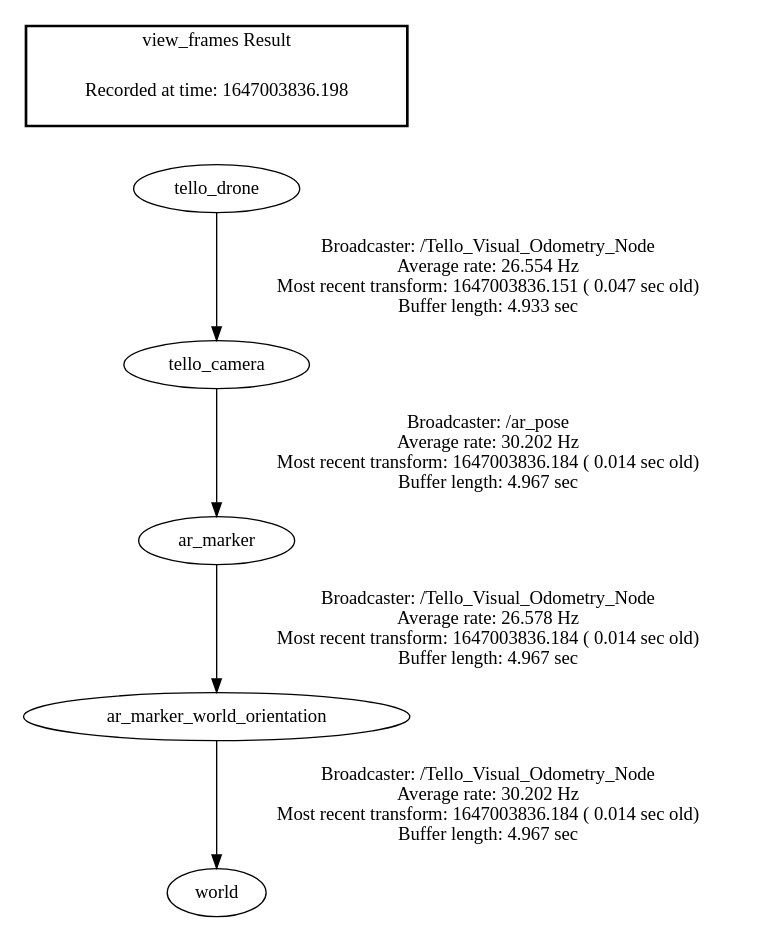
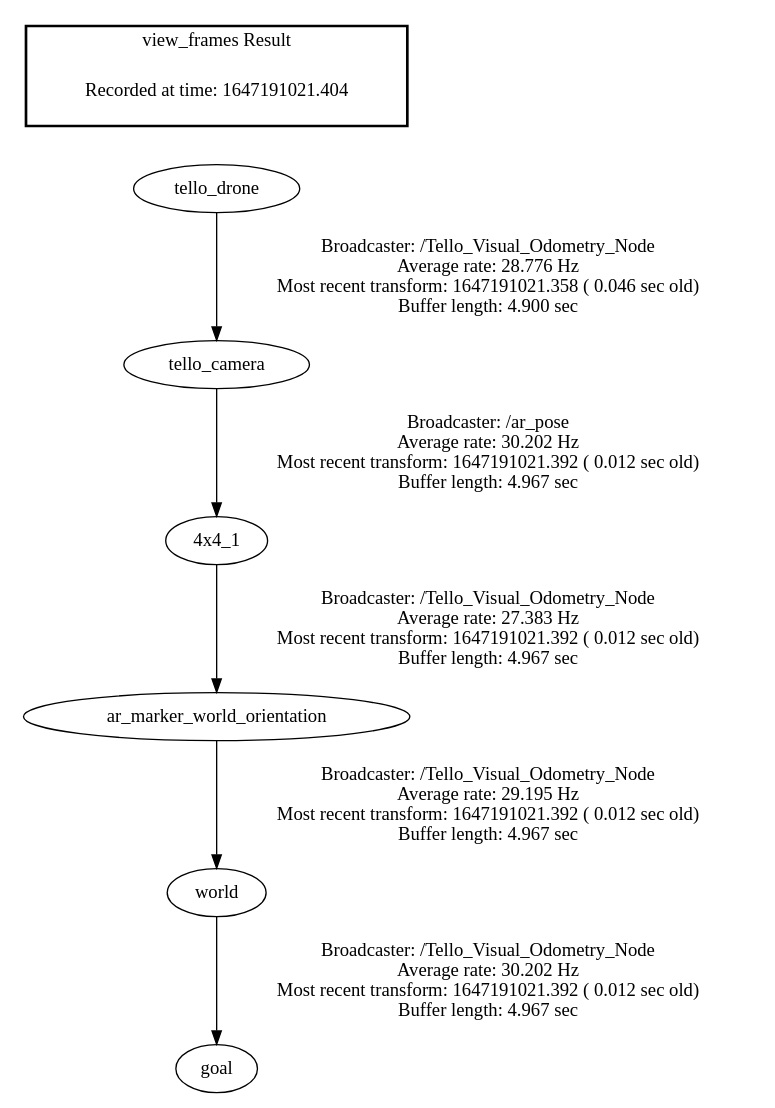
Before and after one commit to lyvelyte/tello_visual_odometry: the diagram in frames.gv, drawn with Graphviz. The commit also changed 7 other files, not shown here.

```diff
--- a/frames.gv
+++ b/frames.gv
@@ -1,10 +1,11 @@
 digraph G {
-"tello_drone" -> "tello_camera"[label="Broadcaster: /Tello_Visual_Odometry_Node\nAverage rate: 26.554 Hz\nMost recent transform: 1647003836.151 ( 0.047 sec old)\nBuffer length: 4.933 sec\n"];
-"ar_marker" -> "ar_marker_world_orientation"[label="Broadcaster: /Tello_Visual_Odometry_Node\nAverage rate: 26.578 Hz\nMost recent transform: 1647003836.184 ( 0.014 sec old)\nBuffer length: 4.967 sec\n"];
-"tello_camera" -> "ar_marker"[label="Broadcaster: /ar_pose\nAverage rate: 30.202 Hz\nMost recent transform: 1647003836.184 ( 0.014 sec old)\nBuffer length: 4.967 sec\n"];
-"ar_marker_world_orientation" -> "world"[label="Broadcaster: /Tello_Visual_Odometry_Node\nAverage rate: 30.202 Hz\nMost recent transform: 1647003836.184 ( 0.014 sec old)\nBuffer length: 4.967 sec\n"];
+"4x4_1" -> "ar_marker_world_orientation"[label="Broadcaster: /Tello_Visual_Odometry_Node\nAverage rate: 27.383 Hz\nMost recent transform: 1647191021.392 ( 0.012 sec old)\nBuffer length: 4.967 sec\n"];
+"tello_camera" -> "4x4_1"[label="Broadcaster: /ar_pose\nAverage rate: 30.202 Hz\nMost recent transform: 1647191021.392 ( 0.012 sec old)\nBuffer length: 4.967 sec\n"];
+"ar_marker_world_orientation" -> "world"[label="Broadcaster: /Tello_Visual_Odometry_Node\nAverage rate: 29.195 Hz\nMost recent transform: 1647191021.392 ( 0.012 sec old)\nBuffer length: 4.967 sec\n"];
+"world" -> "goal"[label="Broadcaster: /Tello_Visual_Odometry_Node\nAverage rate: 30.202 Hz\nMost recent transform: 1647191021.392 ( 0.012 sec old)\nBuffer length: 4.967 sec\n"];
+"tello_drone" -> "tello_camera"[label="Broadcaster: /Tello_Visual_Odometry_Node\nAverage rate: 28.776 Hz\nMost recent transform: 1647191021.358 ( 0.046 sec old)\nBuffer length: 4.900 sec\n"];
 edge [style=invis];
  subgraph cluster_legend { style=bold; color=black; label ="view_frames Result";
-"Recorded at time: 1647003836.198"[ shape=plaintext ] ;
+"Recorded at time: 1647191021.404"[ shape=plaintext ] ;
  }->"tello_drone";
 }
```
